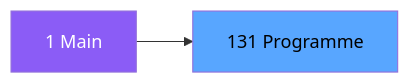
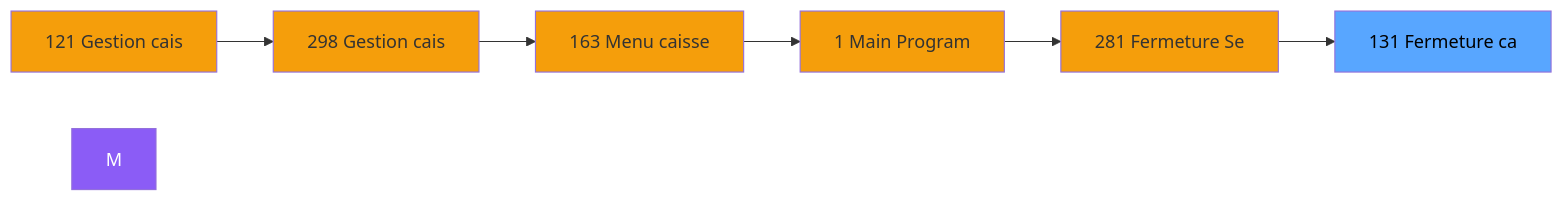
The second of 3 diagrams in .openspec/specs/ADH-IDE-131.md (thonyAGP/magic-migration), drawn with Mermaid before and after one commit. The commit also changed other lines of this file and 323 other files, not shown here.

````diff
--- a/.openspec/specs/ADH-IDE-131.md
+++ b/.openspec/specs/ADH-IDE-131.md
@@ -108,8 +126,21 @@
 ```mermaid
 graph LR
-    M[1 Main]
-    T[131 Programme]
-    M --> T
+    N121[121 Gestion cais]
+    N298[298 Gestion cais]
+    N163[163 Menu caisse ]
+    N1[1 Main Program]
+    N281[281 Fermeture Se]
+    T[131 Fermeture ca]
+    N121 --> N298
+    N298 --> N163
+    N163 --> N1
+    N1 --> N281
+    N281 --> T
     style M fill:#8b5cf6,color:#fff
+    style N121 fill:#f59e0b
+    style N298 fill:#f59e0b
+    style N163 fill:#f59e0b
+    style N1 fill:#f59e0b
+    style N281 fill:#f59e0b
     style T fill:#58a6ff,color:#000
 ```
````
